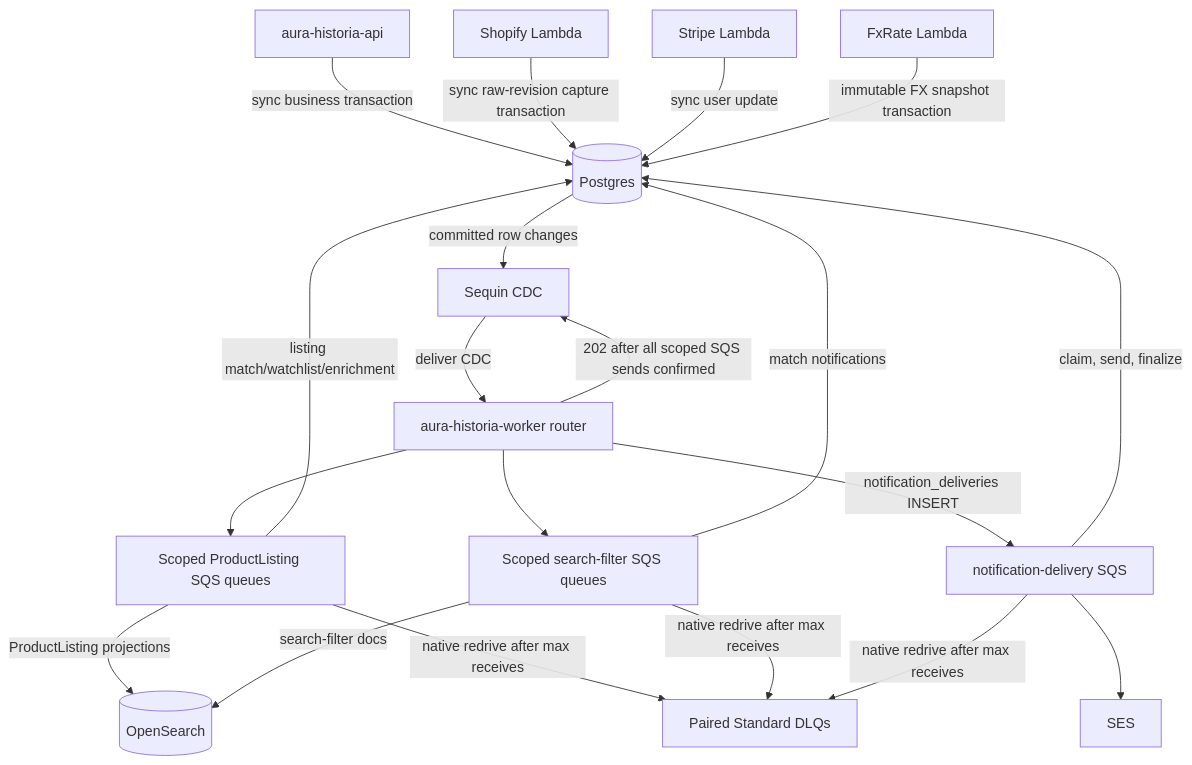
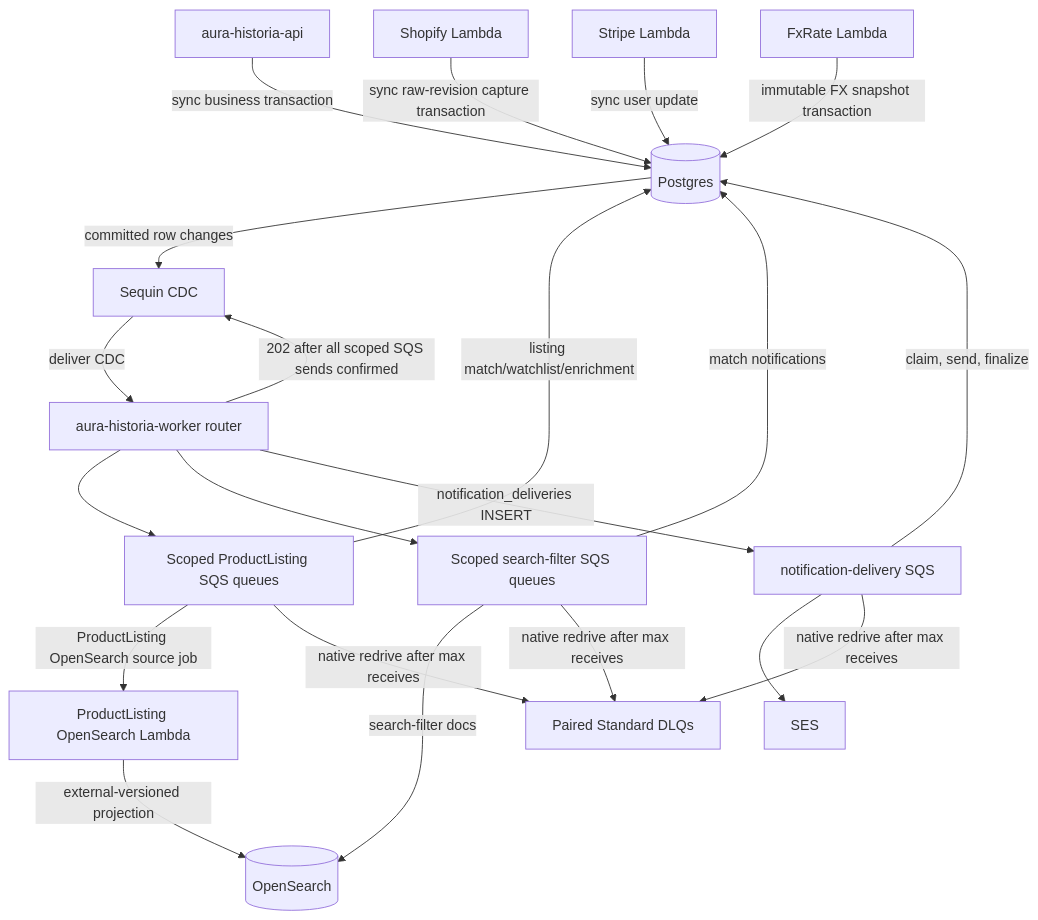
Before and after one commit to aura-historia/backend: the first of 3 diagrams in docs/events/flow.md, drawn with Mermaid. The commit also changed other lines of this file and 148 other files, not shown here.

````diff
--- a/docs/events/flow.md
+++ b/docs/events/flow.md
@@ -26,43 +26,44 @@
 ```mermaid
 flowchart TD
     API["aura-historia-api"]
     SHOPIFY["Shopify Lambda"]
     STRIPE["Stripe Lambda"]
     PG[(Postgres)]
     SEQ["Sequin CDC"]
     ROUTER["aura-historia-worker router"]
     PQ["Scoped ProductListing SQS queues"]
     UFQ["Scoped search-filter SQS queues"]
     DLQ["Paired Standard DLQs"]
     OS[(OpenSearch)]
     SES["SES"]
     FX["FxRate Lambda"]
 
     API -->|"sync business transaction"| PG
     SHOPIFY -->|"sync raw-revision capture transaction"| PG
     STRIPE -->|"sync user update"| PG
 
 
     PG -->|"committed row changes"| SEQ
     SEQ -->|"deliver CDC"| ROUTER
     ROUTER -->|"202 after all scoped SQS sends confirmed"| SEQ
 
     ROUTER --> PQ
 
     ROUTER --> UFQ
 
-    PQ -->|"ProductListing projections"| OS
+    PQ -->|"ProductListing OpenSearch source job"| PL_LAMBDA["ProductListing OpenSearch Lambda"]
+    PL_LAMBDA -->|"external-versioned projection"| OS
     PQ -->|"listing match/watchlist/enrichment"| PG
     ROUTER -->|"notification_deliveries INSERT"| NQ[notification-delivery SQS]
     NQ -->|"claim, send, finalize"| PG
     NQ --> SES
 
     UFQ -->|"search-filter docs"| OS
     UFQ -->|"match notifications"| PG
     PQ -->|"native redrive after max receives"| DLQ
     UFQ -->|"native redrive after max receives"| DLQ
     NQ -->|"native redrive after max receives"| DLQ
 
 
     FX -->|"immutable FX snapshot transaction"| PG
 ```
````
